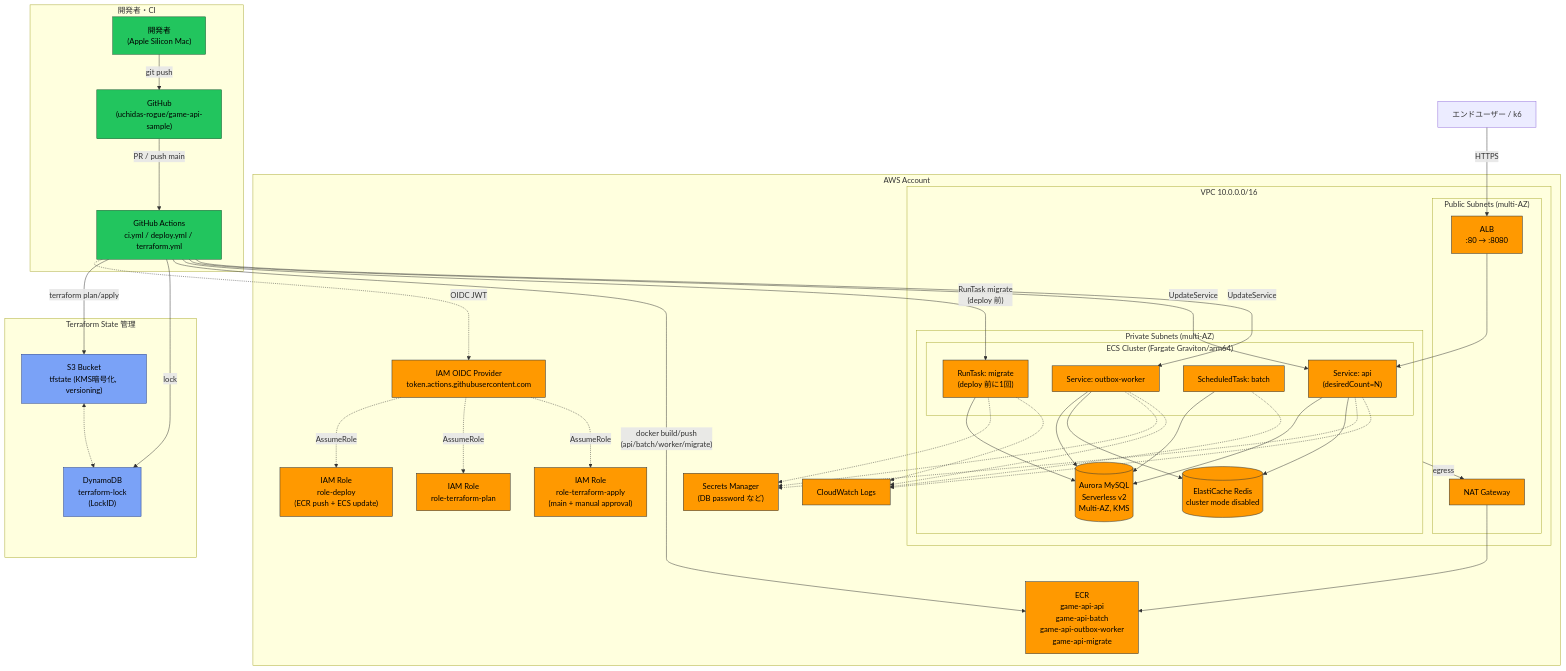
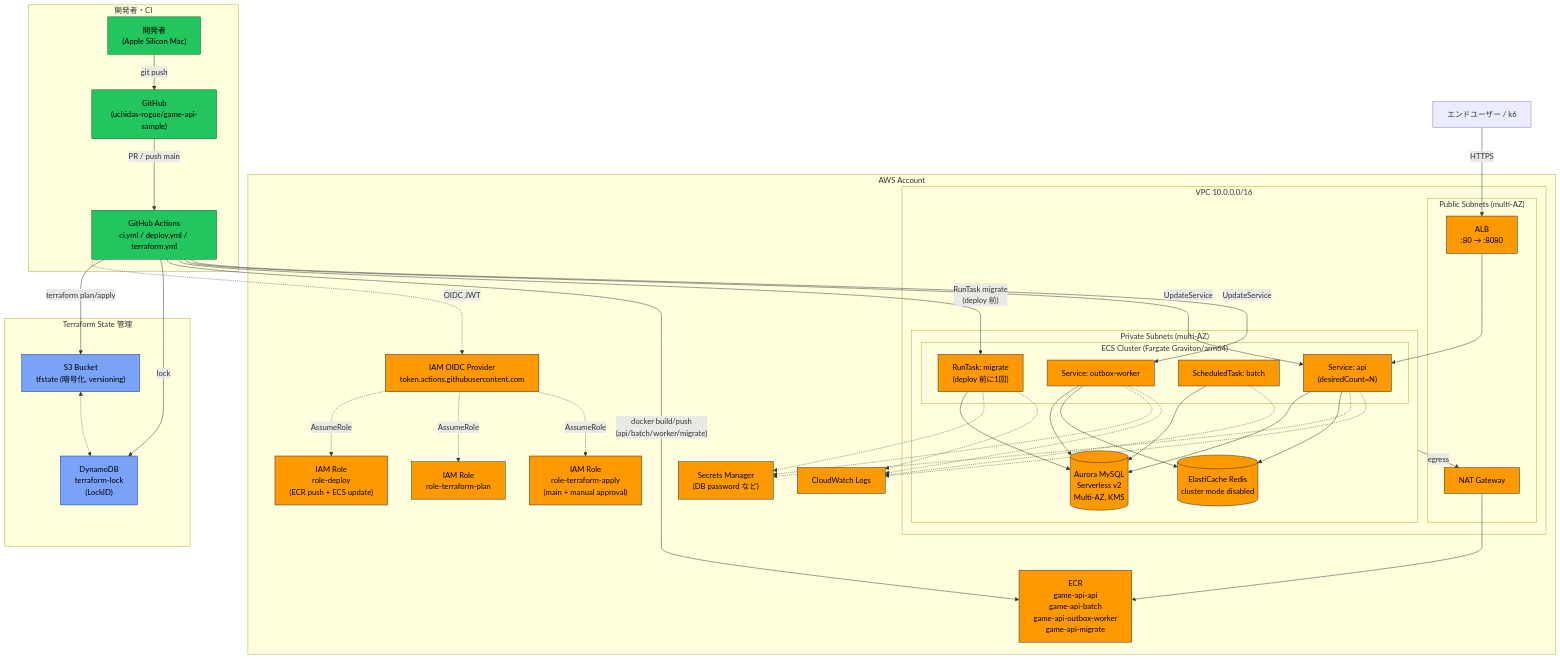
The first of 3 diagrams in terraform/ARCHITECTURE.md (uchidas-rogue/game-api-sample), drawn with Mermaid before and after one commit. The commit also changed 6 other files, not shown here.

```diff
--- a/terraform/ARCHITECTURE.md
+++ b/terraform/ARCHITECTURE.md
@@ -13,7 +13,7 @@
     end
 
     subgraph TFState["Terraform State 管理"]
-        S3State["S3 Bucket<br/>tfstate (KMS暗号化, versioning)"]
+        S3State["S3 Bucket<br/>tfstate (暗号化, versioning)"]
         DDB["DynamoDB<br/>terraform-lock<br/>(LockID)"]
     end
 
```
